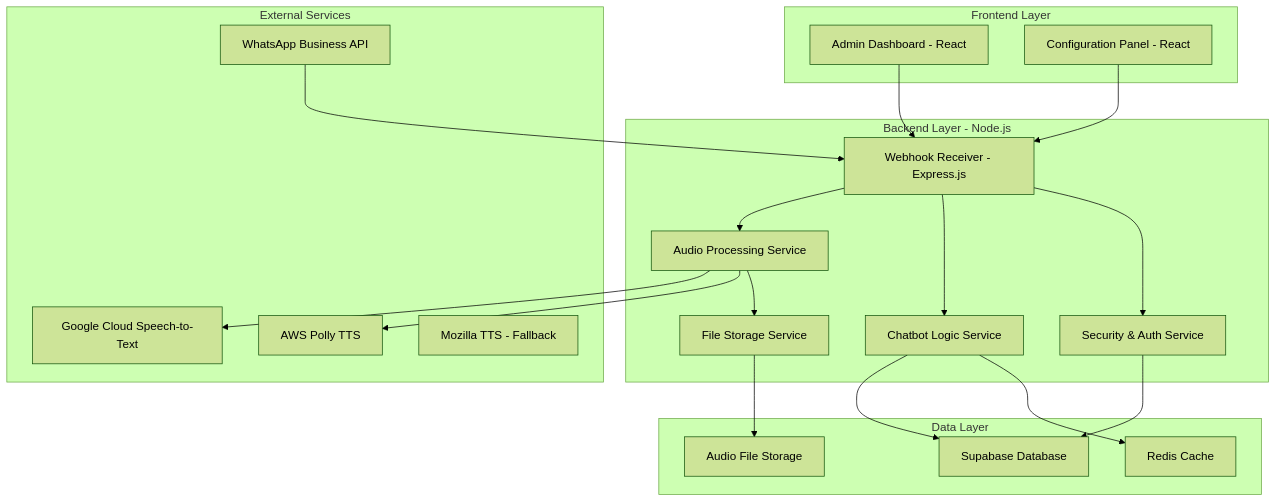
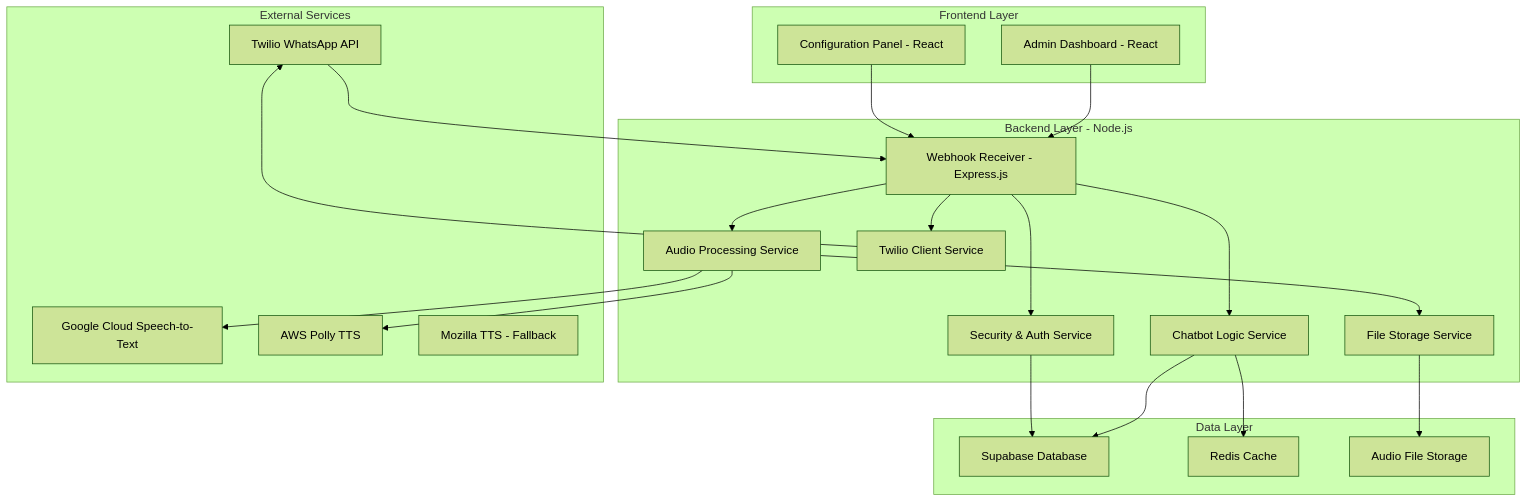
The first of 3 diagrams in .trae/documents/arquitetura_tecnica_chatbot.md (samueldng/Web_integracao), drawn with Mermaid (forest theme) before and after one commit. The commit also changed other lines of this file and 1 other file, not shown here.

````diff
--- a/.trae/documents/arquitetura_tecnica_chatbot.md
+++ b/.trae/documents/arquitetura_tecnica_chatbot.md
@@ -5,43 +5,46 @@
 ```mermaid
 graph TD
-    A[WhatsApp Business API] --> B[Webhook Receiver - Express.js]
+    A[Twilio WhatsApp API] --> B[Webhook Receiver - Express.js]
     B --> C[Audio Processing Service]
     C --> D[Google Cloud Speech-to-Text]
     C --> E[AWS Polly TTS]
     B --> F[Chatbot Logic Service]
     F --> G[Supabase Database]
     F --> H[Redis Cache]
     B --> I[Security & Auth Service]
     I --> G
     
     subgraph "Frontend Layer"
         J[Admin Dashboard - React]
         K[Configuration Panel - React]
     end
     
     subgraph "Backend Layer - Node.js"
         B
         C
         F
         I
         L[File Storage Service]
+        O[Twilio Client Service]
     end
     
     subgraph "Data Layer"
         G
         H
         M[Audio File Storage]
     end
     
     subgraph "External Services"
         A
         D
         E
         N[Mozilla TTS - Fallback]
     end
     
     J --> B
     K --> B
     C --> L
     L --> M
+    B --> O
+    O --> A
 ```
````
